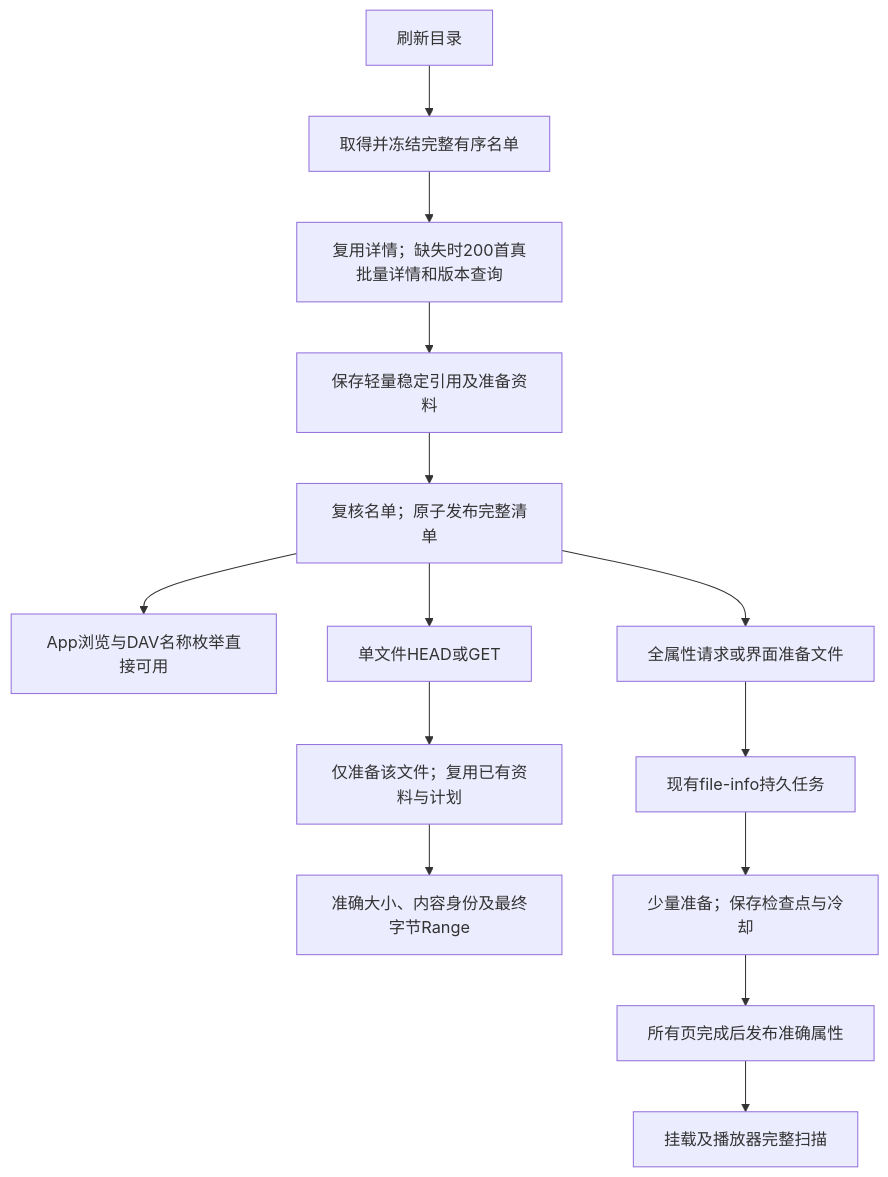
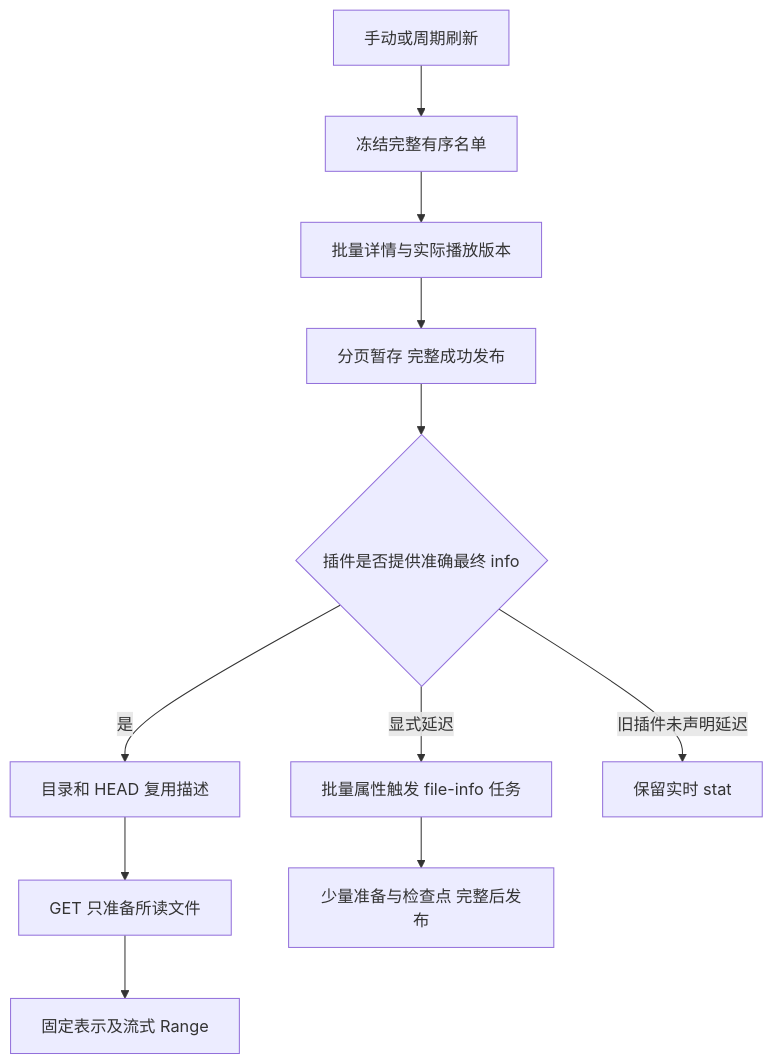
One commit to shengyusi-SYS/musicfs changed the diagram in docs/architecture/refresh-performance.md. Above: the diagram before and after it, drawn with Mermaid. The commit also changed other lines of this file and 23 other files, not shown here.

Commit message:
docs: consolidate MusicFS architecture and reusable lessons

````diff
--- a/docs/architecture/refresh-performance.md
+++ b/docs/architecture/refresh-performance.md
@@ -23,16 +7,13 @@
 ```mermaid
 flowchart TD
-  Refresh[刷新目录] --> Membership[取得并冻结完整有序名单]
-  Membership --> Batch[复用详情；缺失时200首真批量详情和版本查询]
-  Batch --> Seeds[保存轻量稳定引用及准备资料]
-  Seeds --> Publish[复核名单；原子发布完整清单]
-  Publish --> Names[App浏览与DAV名称枚举直接可用]
-  Publish --> Read[单文件HEAD或GET]
-  Read --> One[仅准备该文件；复用已有资料与计划]
-  One --> Bytes[准确大小、内容身份及最终字节Range]
-  Publish --> Bulk[全属性请求或界面准备文件]
-  Bulk --> Durable[现有file-info持久任务]
-  Durable --> Work[少量准备；保存检查点与冷却]
-  Work --> Complete[所有页完成后发布准确属性]
-  Complete --> Scan[挂载及播放器完整扫描]
+  Refresh[手动或周期刷新] --> Members[冻结完整有序名单]
+  Members --> Batch[批量详情与实际播放版本]
+  Batch --> Publish[分页暂存 完整成功发布]
+  Publish --> Info{插件是否提供准确最终 info}
+  Info -->|是| Browse[目录和 HEAD 复用描述]
+  Browse --> Open[GET 只准备所读文件]
+  Open --> Bytes[固定表示及流式 Range]
+  Info -->|显式延迟| Required[批量属性触发 file-info 任务]
+  Required --> Exact[少量准备与检查点 完整后发布]
+  Info -->|旧插件未声明延迟| Stat[保留实时 stat]
 ```
````
